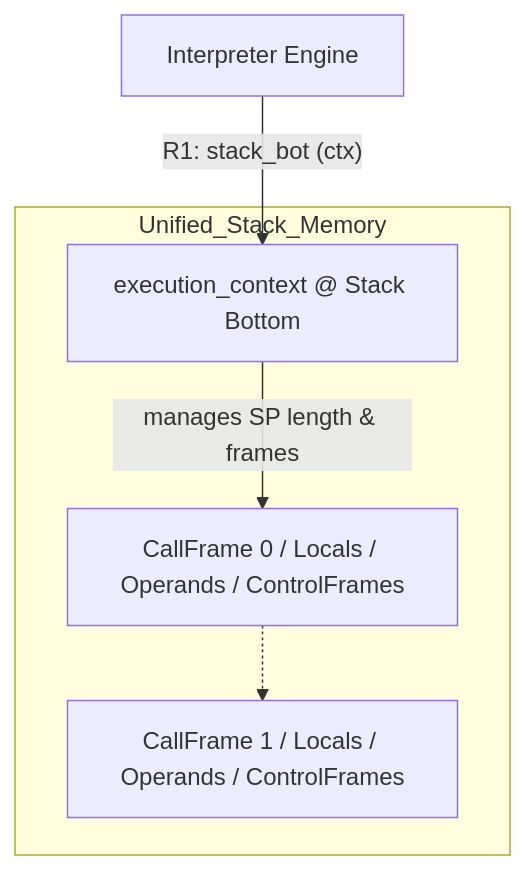
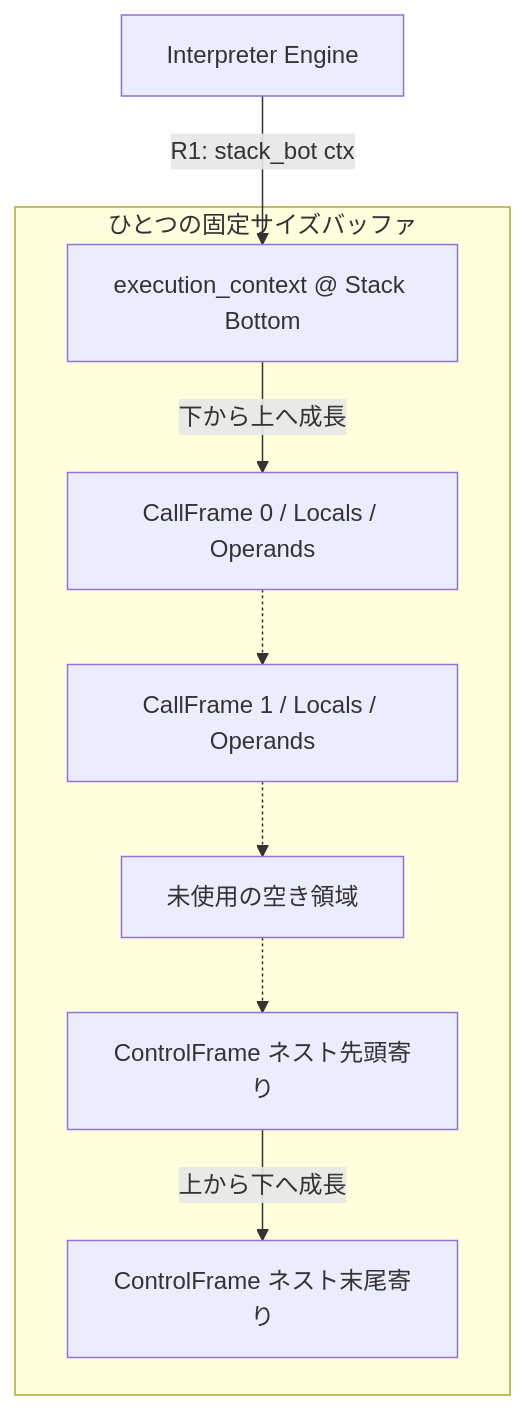
The first of 4 diagrams in docs/components/tier2_runtime/runtime_interpreter.md (kmt-t/fireball), drawn with Mermaid before and after one commit. The commit also changed other lines of this file and 39 other files, not shown here.

````diff
--- a/docs/components/tier2_runtime/runtime_interpreter.md
+++ b/docs/components/tier2_runtime/runtime_interpreter.md
@@ -25,12 +25,18 @@
 ```mermaid
 graph TD
-    subgraph Unified_Stack_Memory
+    subgraph Unified_Stack_Memory["ひとつの固定サイズバッファ"]
         Bot[execution_context @ Stack Bottom]
-        Frame0[CallFrame 0 / Locals / Operands / ControlFrames]
-        Frame1[CallFrame 1 / Locals / Operands / ControlFrames]
+        Frame0[CallFrame 0 / Locals / Operands]
+        Frame1[CallFrame 1 / Locals / Operands]
+        Gap[未使用の空き領域]
+        Ctrl1[ControlFrame ネスト先頭寄り]
+        Ctrl0[ControlFrame ネスト末尾寄り]
     end
 
-    Engine[Interpreter Engine] -- R1: stack_bot (ctx) --> Bot
-    Bot -- manages SP length & frames --> Frame0
+    Engine[Interpreter Engine] -- R1: stack_bot ctx --> Bot
+    Bot -- "下から上へ成長" --> Frame0
     Frame0 -.-> Frame1
+    Frame1 -.-> Gap
+    Gap -.-> Ctrl1
+    Ctrl1 -- "上から下へ成長" --> Ctrl0
 ```
````
